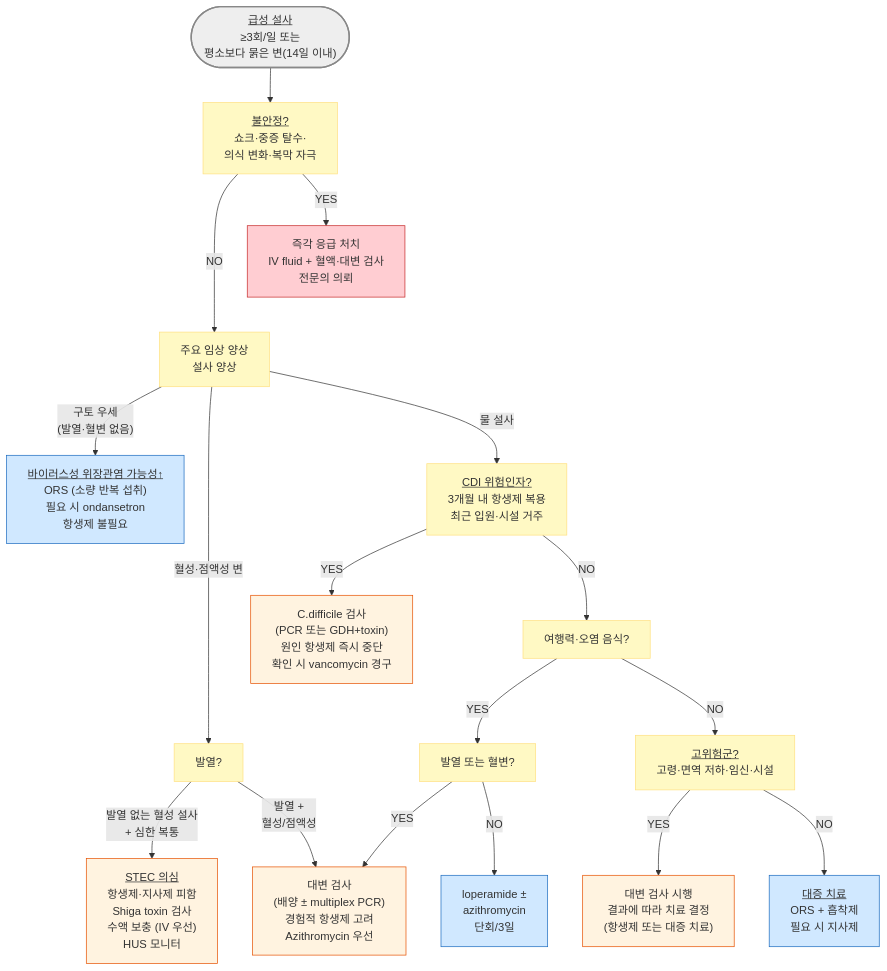
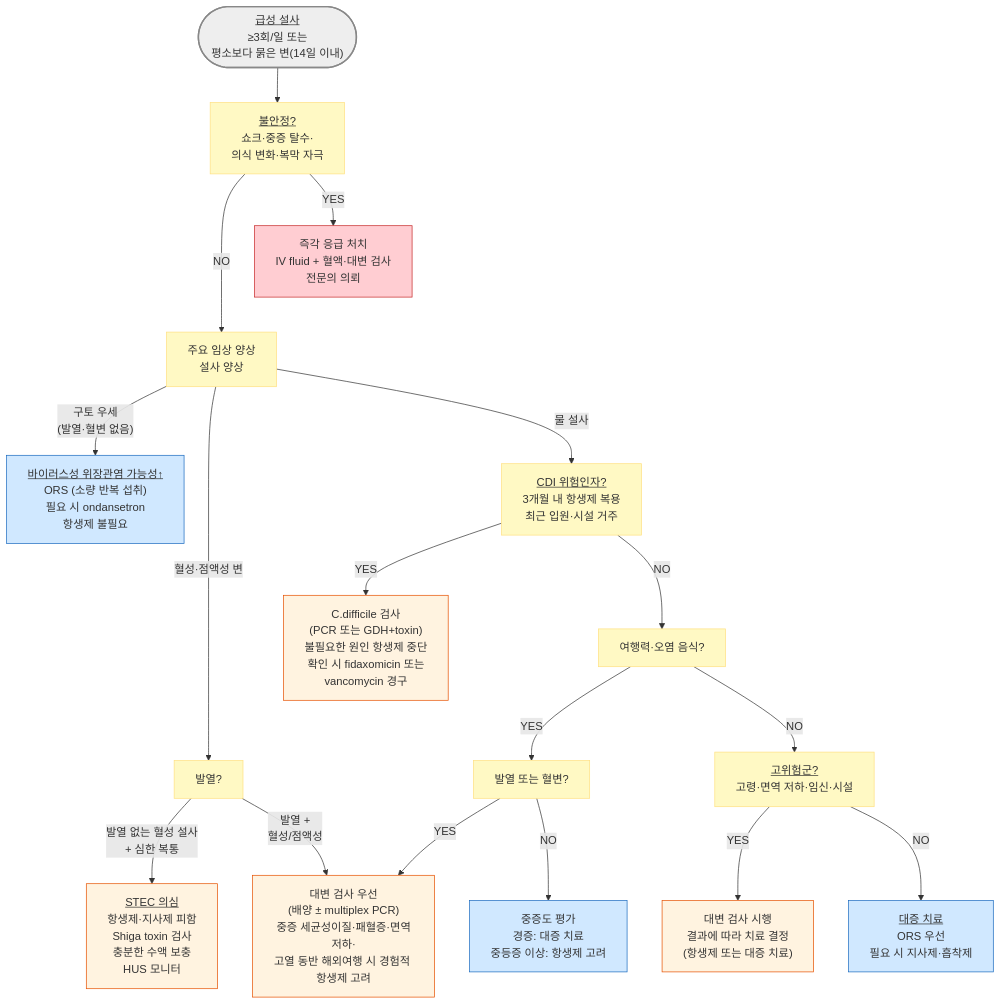
Before and after one commit to familyoh77/familyoh77: the diagram in 224_/085_-acute-infectious-diarrhea.md, drawn with Mermaid. The commit also changed other lines of this file and 15 other files, not shown here.

````diff
--- a/224_/085_-acute-infectious-diarrhea.md
+++ b/224_/085_-acute-infectious-diarrhea.md
@@ -184,30 +197,30 @@
 ```mermaid
 graph TD
     Start(["<u>급성 설사</u><br/>≥3회/일 또는<br/>평소보다 묽은 변(14일 이내)"])
     Start --> Unstable["<u>불안정?</u><br/>쇼크·중증 탈수·<br/>의식 변화·복막 자극"]
     Unstable -- "NO" ---> Symptom["주요 임상 양상<br/>설사 양상"]
     Unstable -- "YES" --> ER["즉각 응급 처치<br/>IV fluid + 혈액·대변 검사<br/>전문의 의뢰"]
     Symptom -- "구토 우세<br/>(발열·혈변 없음)" --> Viral["<u>바이러스성 위장관염 가능성↑</u><br/>ORS (소량 반복 섭취)<br/>필요 시 ondansetron<br/>항생제 불필요"]
     Symptom -- "혈성·점액성 변" --> BloodFever["발열?"]
     BloodFever -- "발열 없는 혈성 설사<br/>+ 심한 복통" --> 
-    STEC["<u>STEC 의심</u><br/>항생제·지사제 피함<br/>Shiga toxin 검사<br/>수액 보충 (IV 우선)<br/>HUS 모니터"]
-    BloodFever -- "발열 + <br/>혈성/점액성" --> EmpiricAtb["대변 검사<br/>(배양 ± multiplex PCR)<br/>경험적 항생제 고려<br/>Azithromycin 우선"]
+    STEC["<u>STEC 의심</u><br/>항생제·지사제 피함<br/>Shiga toxin 검사<br/>충분한 수액 보충<br/>HUS 모니터"]
+    BloodFever -- "발열 + <br/>혈성/점액성" --> EmpiricAtb["대변 검사 우선<br/>(배양 ± multiplex PCR)<br/>중증 세균성이질·패혈증·면역저하·<br/>고열 동반 해외여행 시 경험적 항생제 고려"]
     Symptom -- "물 설사" --> CDIRisk["<u>CDI 위험인자?</u><br/>3개월 내 항생제 복용<br/>최근 입원·시설 거주"]
-    CDIRisk -- "YES" --> CDITx["C.difficile 검사<br/>(PCR 또는 GDH+toxin)<br/>원인 항생제 즉시 중단<br/>확인 시 vancomycin 경구"]
+    CDIRisk -- "YES" --> CDITx["C.difficile 검사<br/>(PCR 또는 GDH+toxin)<br/>불필요한 원인 항생제 중단<br/>확인 시 fidaxomicin 또는<br/>vancomycin 경구"]
     CDIRisk -- "NO" --> Travel["여행력·오염 음식?"]
     Travel -- "YES" --> TravelFever["발열 또는 혈변?"]
     TravelFever -- "YES" --> EmpiricAtb
-    TravelFever -- "NO" --> TravelMild["loperamide ±<br/>azithromycin <br/>단회/3일"]
+    TravelFever -- "NO" --> TravelMild["중증도 평가<br/>경증: 대증 치료<br/>중등증 이상: 항생제 고려"]
     Travel -- "NO" --> Host["<u>고위험군?</u><br/>고령·면역 저하·임신·시설"]
     Host -- "YES" --> StoolExam["대변 검사 시행<br/>결과에 따라 치료 결정<br/>(항생제 또는 대증 치료)"]
-    Host -- "NO" --> Watery["<u>대증 치료</u><br/>ORS + 흡착제<br/>필요 시 지사제"]
+    Host -- "NO" --> Watery["<u>대증 치료</u><br/>ORS 우선<br/>필요 시 지사제·흡착제"]
  
 style Start fill:#eeeeee,stroke:#888888,stroke-width:2px
 classDef yellow fill:#fff9c4,stroke:#ffe082
    class Unstable,Symptom,BloodFever,CDIRisk,Travel,Host,TravelFever yellow
 style ER fill:#ffcdd2,stroke:#c62828
 classDef orange50 fill:#fff3e0,stroke:#e65100
    class STEC,CDITx,EmpiricAtb,StoolExam orange50
 classDef blue fill:#d0e8ff,stroke:#1a6abf
    class Viral,TravelMild,Watery blue
 ```
````
